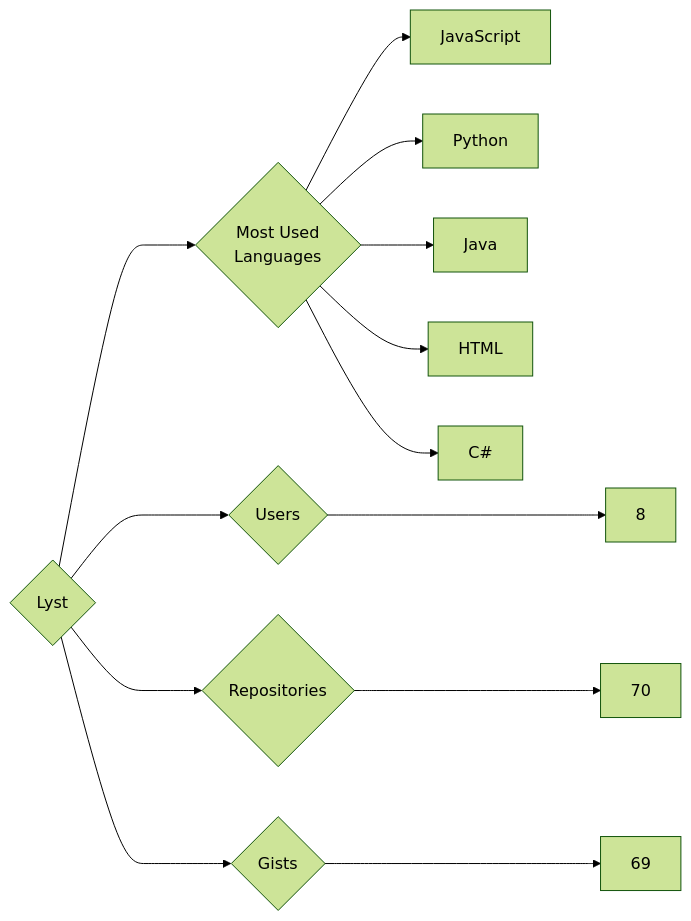
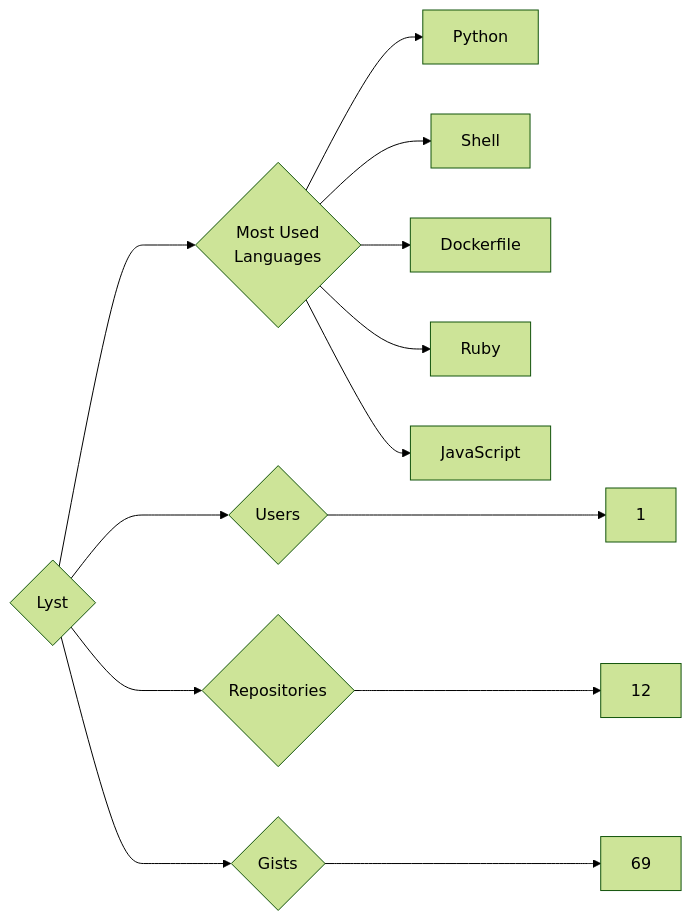
One commit to trickest/insiders changed the diagram in targets/Lyst/README.md. Above: the diagram before and after it, drawn with Mermaid (forest theme). The commit also changed 870 other files, not shown here.

````diff
--- a/targets/Lyst/README.md
+++ b/targets/Lyst/README.md
@@ -3,13 +3,13 @@
 ```mermaid
 graph LR
 COMPANY_NAME{Lyst}
-COMPANY_NAME ---> U{Users} ---> UN[8]
-COMPANY_NAME ---> R{Repositories} ---> RN[70]
+COMPANY_NAME ---> U{Users} ---> UN[1]
+COMPANY_NAME ---> R{Repositories} ---> RN[12]
 COMPANY_NAME ---> G{Gists} ---> GN[69]
 COMPANY_NAME ---> ML{Most Used<br>Languages}
+ML --> Python[Python]
+ML --> Shell[Shell]
+ML --> Dockerfile[Dockerfile]
+ML --> Ruby[Ruby]
 ML --> JavaScript[JavaScript]
-ML --> Python[Python]
-ML --> Java[Java]
-ML --> HTML[HTML]
-ML --> C#[C#]
 ```
````
